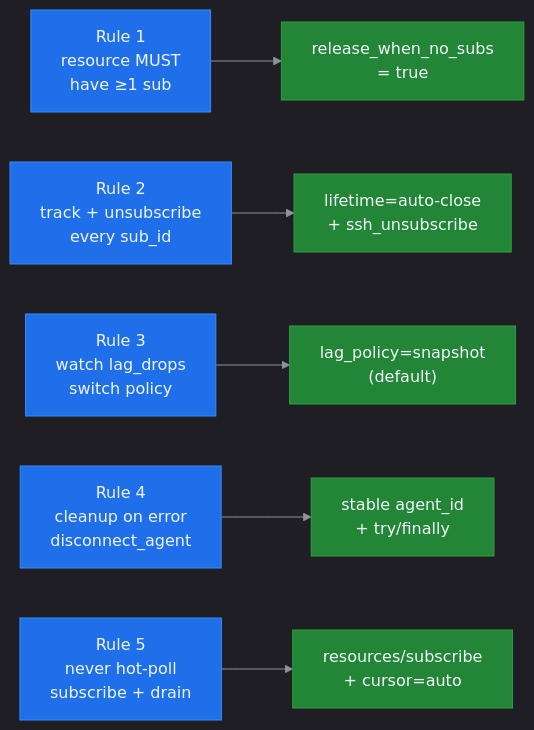
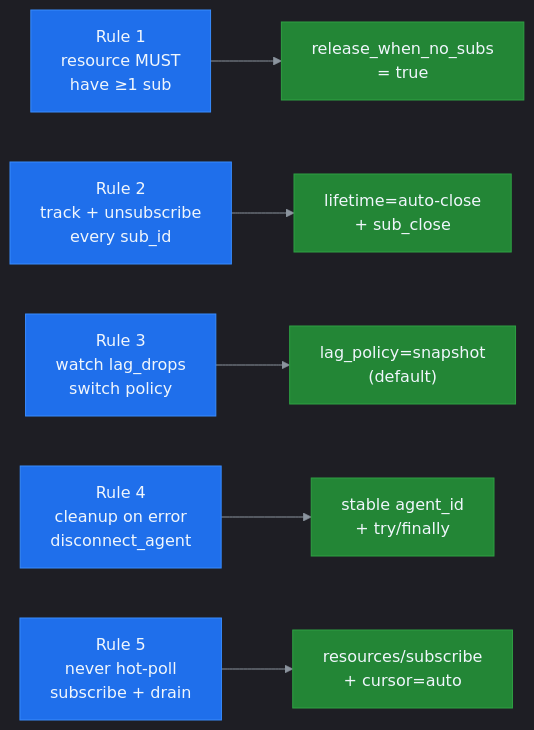
Before and after one commit to farchanjo/ssh-mcp: the first of 7 diagrams in docs/LLM_GUIDE.md, drawn with Mermaid. The commit also changed other lines of this file and 61 other files, not shown here.

````diff
--- a/docs/LLM_GUIDE.md
+++ b/docs/LLM_GUIDE.md
@@ -28,26 +28,26 @@
 ```mermaid
 %%{init: {'theme':'dark','themeVariables':{'primaryColor':'#1f6feb','primaryTextColor':'#f0f6fc','primaryBorderColor':'#388bfd','lineColor':'#8b949e','secondaryColor':'#161b22','tertiaryColor':'#21262d','background':'#0d1117','mainBkg':'#161b22','secondBkg':'#21262d','tertiaryBkg':'#0d1117','nodeTextColor':'#f0f6fc','edgeLabelBackground':'#21262d','clusterBkg':'#161b22','clusterBorder':'#30363d','titleColor':'#f0f6fc'}}}%%
 flowchart LR
     R1["Rule 1<br/>resource MUST<br/>have ≥1 sub"]
     R2["Rule 2<br/>track + unsubscribe<br/>every sub_id"]
     R3["Rule 3<br/>watch lag_drops<br/>switch policy"]
     R4["Rule 4<br/>cleanup on error<br/>disconnect_agent"]
     R5["Rule 5<br/>never hot-poll<br/>subscribe + drain"]
 
     C1["release_when_no_subs<br/>= true"]
-    C2["lifetime=auto-close<br/>+ ssh_unsubscribe"]
+    C2["lifetime=auto-close<br/>+ sub_close"]
     C3["lag_policy=snapshot<br/>(default)"]
     C4["stable agent_id<br/>+ try/finally"]
     C5["resources/subscribe<br/>+ cursor=auto"]
 
     R1 --> C1
     R2 --> C2
     R3 --> C3
     R4 --> C4
     R5 --> C5
 
     classDef rule fill:#1f6feb,color:#f0f6fc,stroke:#388bfd
     classDef cure fill:#238636,color:#f0f6fc,stroke:#2ea043
     class R1,R2,R3,R4,R5 rule
     class C1,C2,C3,C4,C5 cure
 ```
````
